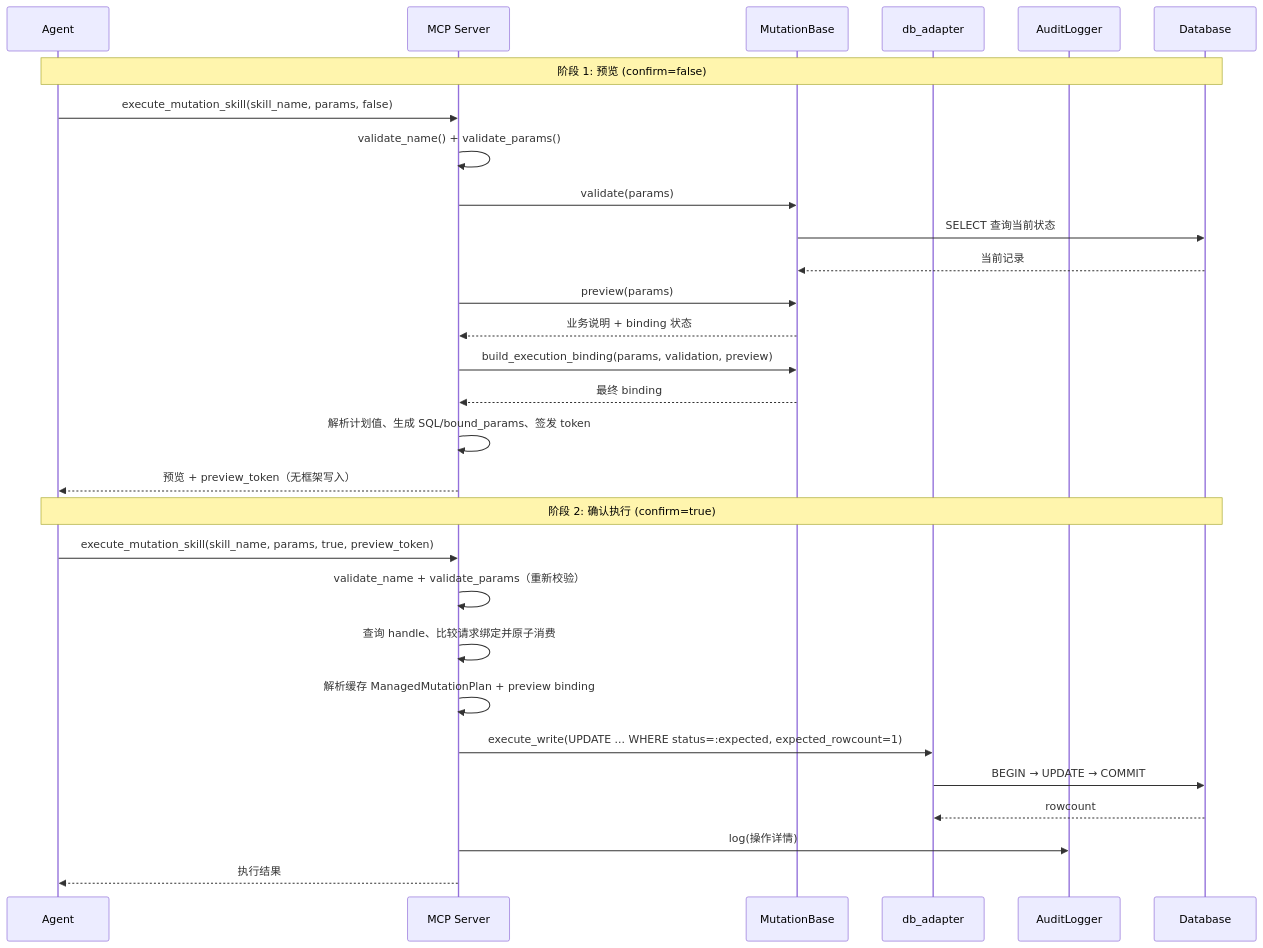
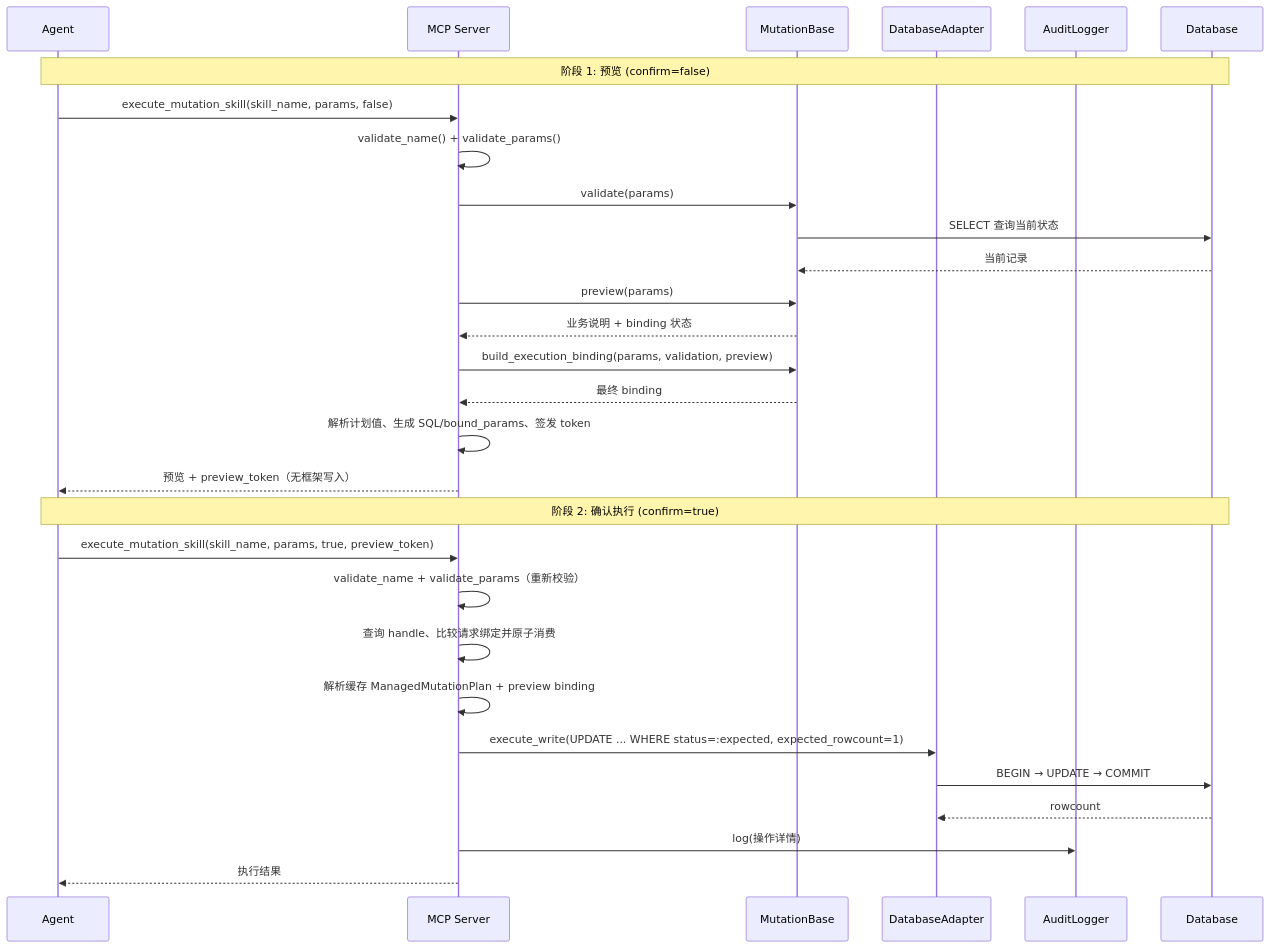
Before and after one commit to Firstmeridian/llm-sql-safety-executor-mcp: the third of 3 diagrams in README_ZH.md, drawn with Mermaid. The commit also changed other lines of this file and 271 other files, not shown here.

````diff
--- a/README_ZH.md
+++ b/README_ZH.md
@@ -2035,33 +2050,33 @@
 ```mermaid
 sequenceDiagram
     participant Agent
     participant MCP as MCP Server
     participant Mutation as MutationBase
-    participant Adapter as db_adapter
+    participant Adapter as DatabaseAdapter
     participant Audit as AuditLogger
     participant DB as Database
 
     Note over Agent,DB: 阶段 1: 预览 (confirm=false)
     Agent->>MCP: execute_mutation_skill(skill_name, params, false)
     MCP->>MCP: validate_name() + validate_params()
     MCP->>Mutation: validate(params)
     Mutation->>DB: SELECT 查询当前状态
     DB-->>Mutation: 当前记录
     MCP->>Mutation: preview(params)
     Mutation-->>MCP: 业务说明 + binding 状态
     MCP->>Mutation: build_execution_binding(params, validation, preview)
     Mutation-->>MCP: 最终 binding
     MCP->>MCP: 解析计划值、生成 SQL/bound_params、签发 token
     MCP-->>Agent: 预览 + preview_token（无框架写入）
 
     Note over Agent,DB: 阶段 2: 确认执行 (confirm=true)
     Agent->>MCP: execute_mutation_skill(skill_name, params, true, preview_token)
     MCP->>MCP: validate_name + validate_params（重新校验）
     MCP->>MCP: 查询 handle、比较请求绑定并原子消费
     MCP->>MCP: 解析缓存 ManagedMutationPlan + preview binding
     MCP->>Adapter: execute_write(UPDATE ... WHERE status=:expected, expected_rowcount=1)
     Adapter->>DB: BEGIN → UPDATE → COMMIT
     DB-->>Adapter: rowcount
     MCP->>Audit: log(操作详情)
     MCP-->>Agent: 执行结果
 ```
````
